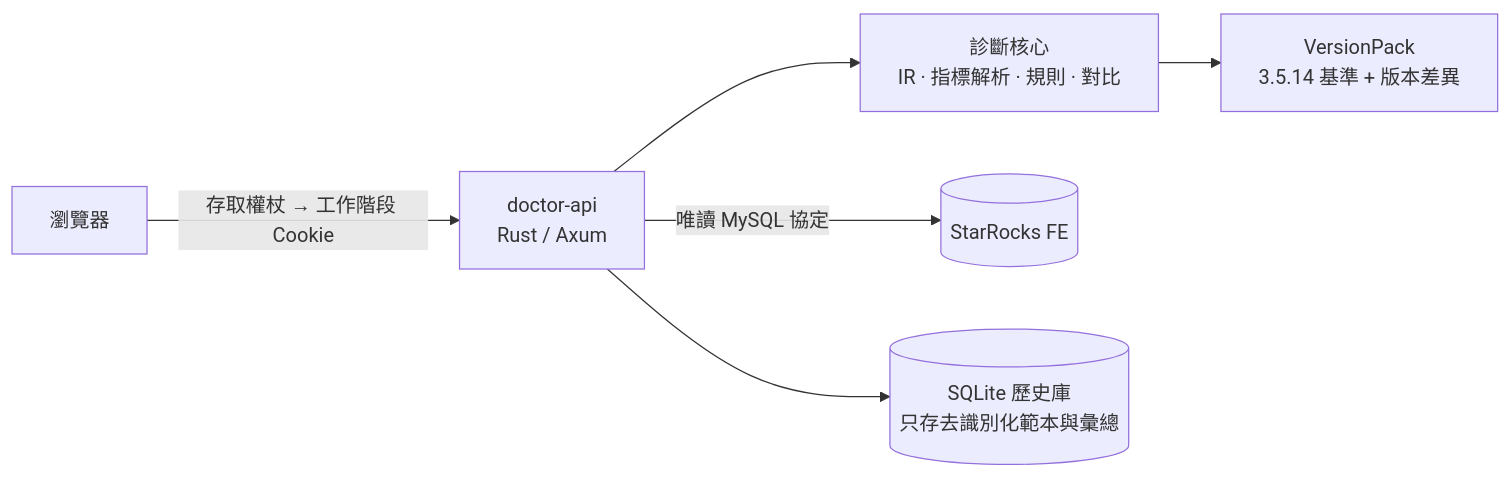
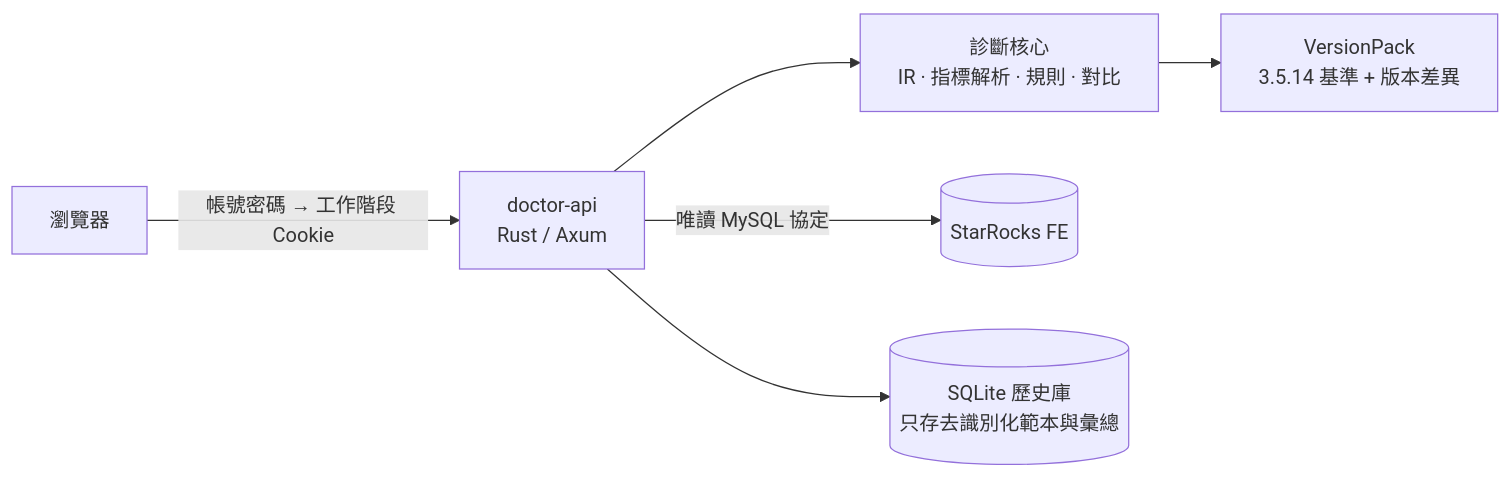
Before and after one commit to shenhui027-arch/sr-doctor: the diagram in README.zh-TW.md, drawn with Mermaid. The commit also changed other lines of this file and 27 other files, not shown here.

````diff
--- a/README.zh-TW.md
+++ b/README.zh-TW.md
@@ -111,8 +110,8 @@
 ```mermaid
 flowchart LR
-    B[瀏覽器] -->|存取權杖 → 工作階段 Cookie| API[doctor-api<br>Rust / Axum]
+    B[瀏覽器] -->|帳號密碼 → 工作階段 Cookie| API[doctor-api<br>Rust / Axum]
     API --> CORE[診斷核心<br>IR · 指標解析 · 規則 · 對比]
     CORE --> VP[VersionPack<br>3.5.14 基準 + 版本差異]
     API -->|唯讀 MySQL 協定| SR[(StarRocks FE)]
     API --> H[(SQLite 歷史庫<br>只存去識別化範本與彙總)]
 ```
````
